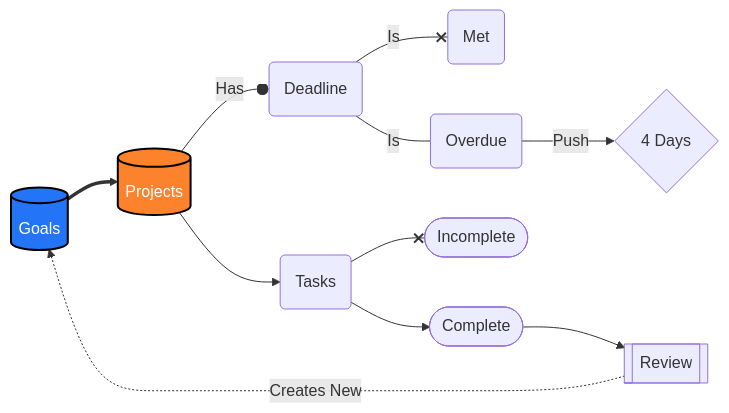
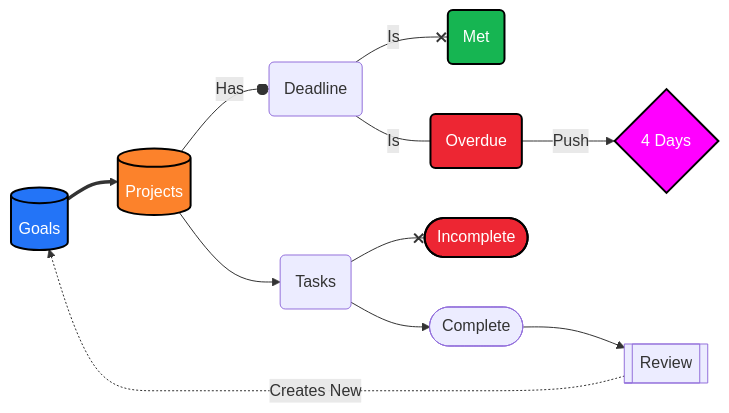
One commit to acatlin/mermaid changed the diagram in goals.md. Above: the diagram before and after it, drawn with Mermaid.

Commit message:
Update goals.md
v20

````diff
--- a/goals.md
+++ b/goals.md
@@ -1,27 +1,30 @@
 ``` mermaid
 
 flowchart LR
 
   %% Colors %%
   classDef blue fill:#2374f7,stroke:#000,stroke-width:2px,color:#fff
   classDef orange fill:#fc822b,stroke:#000,stroke-width:2px,color:#fff
+  classDef green fill:#16b552,stroke:#000,stroke-width:2px,color:#fff
+  classDef red fill:#ed2633,stroke:#000,stroke-width:2px,color:#fff
+  classDef magenta fill:magenta,stroke:#000,stroke-width:2px,color:#fff
 
   %% goals %%
 
   G[(Goals)]:::blue ==> P[(Projects)]:::orange
 
   P --o |Has| PD(Deadline)
-  PD --x |Is| MT(Met)
-  PD --- |Is| OV(Overdue)
-  OV --> |Push| FOV{4 Days}
+  PD --x |Is| MT(Met):::green
+  PD --- |Is| OV(Overdue):::red
+  OV --> |Push| FOV{4 Days}:::magenta
 
   P --> PT(Tasks)
 
 
-  PT --x IC([Incomplete])
+  PT --x IC([Incomplete]):::red
 
   PT --> C([Complete])
   C --> R[[Review]]
   R -..->|Creates New| G
 
 ```
````
